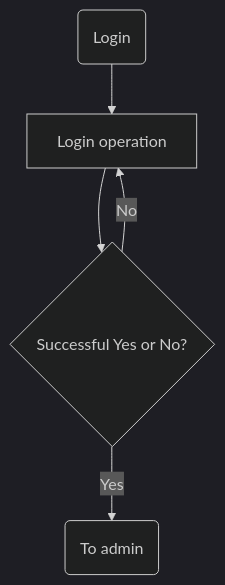
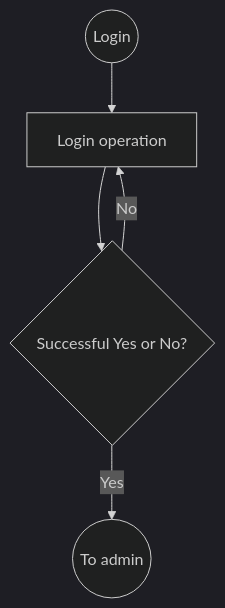
The first of 5 diagrams in README.md (Luedvi/git_and_github), drawn with Mermaid (dark theme) before and after one commit.

````diff
--- a/README.md
+++ b/README.md
@@ -359,7 +359,7 @@
 ```mermaid
 graph TD
-A(Login) --> B[Login operation]
+A((Login)) --> B[Login operation]
 B --> C{Successful Yes or No?}
-C -- Yes --> D(To admin)
+C -- Yes --> D((To admin))
 C -- No --> B
 ```
````
